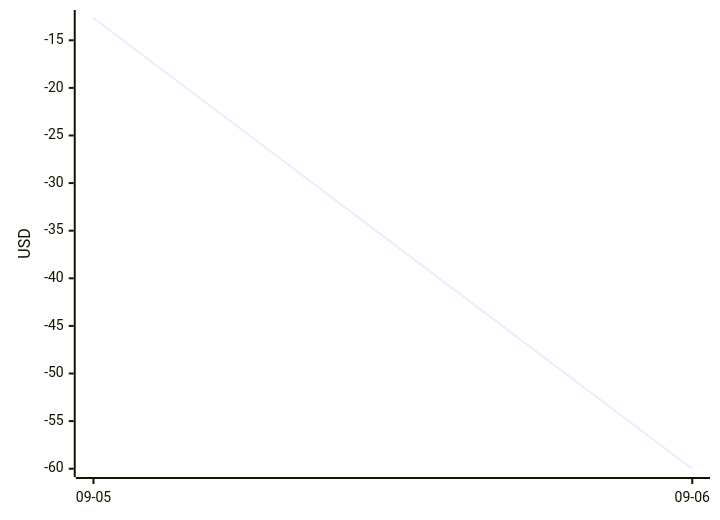
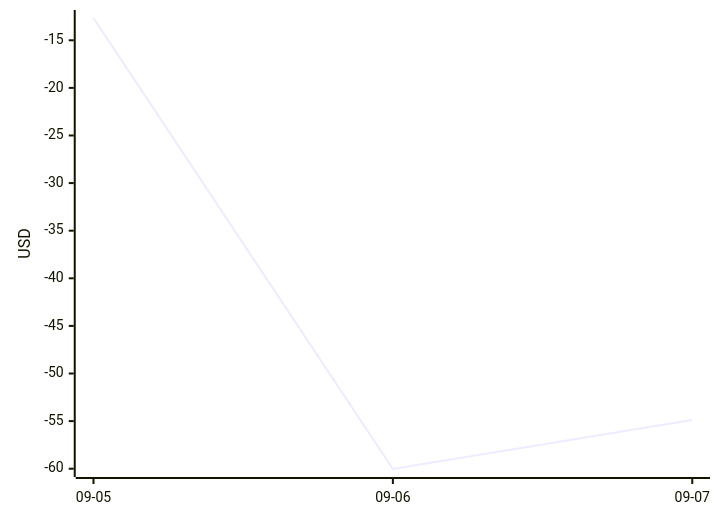
The diagram in DASHBOARD.md (aryanvaid2108/prediction-trading), drawn with Mermaid before and after one commit. The commit also changed other lines of this file and 6 other files, not shown here.

````diff
--- a/DASHBOARD.md
+++ b/DASHBOARD.md
@@ -58,6 +58,6 @@
 ```mermaid
 xychart-beta
-  x-axis ["09-05", "09-06"]
+  x-axis ["09-05", "09-06", "09-07"]
   y-axis "USD"
-  line [-12.66, -60.03]
+  line [-12.66, -60.03, -54.88]
 ```
````
